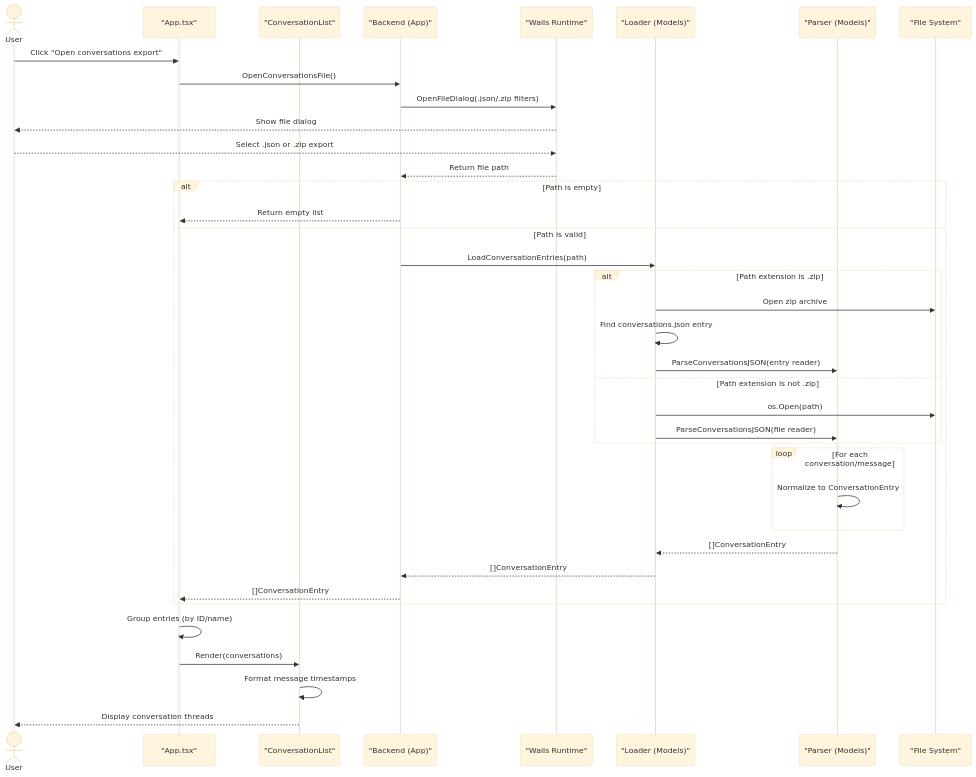
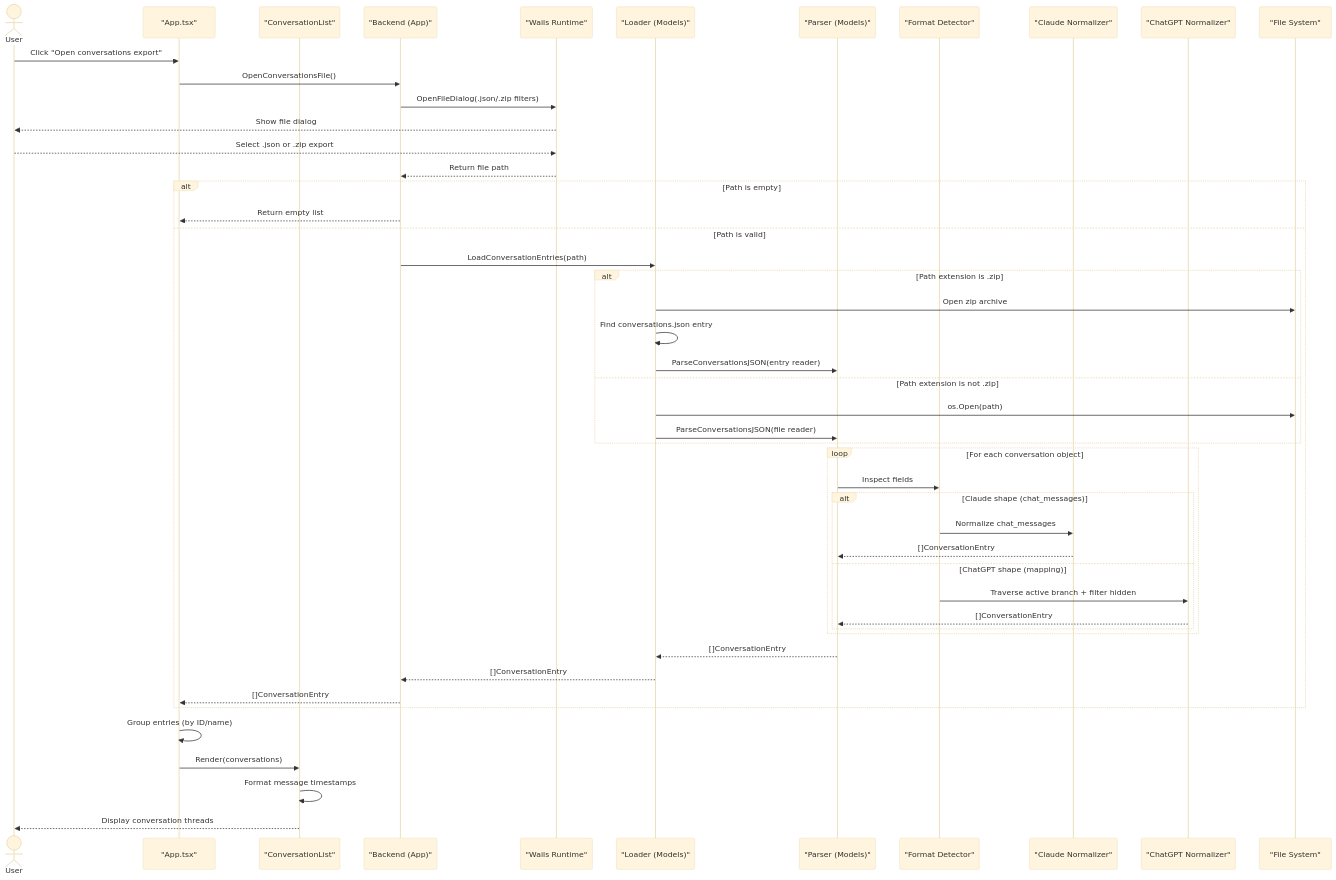
The second of 2 diagrams in docs/architecture.md (johnpfeiffer/chat-explorer), drawn with Mermaid (base theme) before and after one commit. The commit also changed other lines of this file and 9 other files, not shown here.

Commit message:
claude analysis for requirements and codex implementation: now supporting ChatGPT exports (zip and conversations.json)

````diff
--- a/docs/architecture.md
+++ b/docs/architecture.md
@@ -113,43 +155,53 @@
 ```mermaid
 sequenceDiagram
     actor User
     participant UI as "App.tsx"
     participant List as "ConversationList"
     participant Backend as "Backend (App)"
     participant Runtime as "Wails Runtime"
     participant Loader as "Loader (Models)"
     participant Parser as "Parser (Models)"
+    participant Detect as "Format Detector"
+    participant Claude as "Claude Normalizer"
+    participant ChatGPT as "ChatGPT Normalizer"
     participant FS as "File System"
 
     User->>UI: Click "Open conversations export"
     UI->>Backend: OpenConversationsFile()
     Backend->>Runtime: OpenFileDialog(.json/.zip filters)
     Runtime-->>User: Show file dialog
     User-->>Runtime: Select .json or .zip export
     Runtime-->>Backend: Return file path
 
     alt Path is empty
         Backend-->>UI: Return empty list
     else Path is valid
         Backend->>Loader: LoadConversationEntries(path)
         alt Path extension is .zip
             Loader->>FS: Open zip archive
             Loader->>Loader: Find conversations.json entry
             Loader->>Parser: ParseConversationsJSON(entry reader)
         else Path extension is not .zip
             Loader->>FS: os.Open(path)
             Loader->>Parser: ParseConversationsJSON(file reader)
         end
-        loop For each conversation/message
-            Parser->>Parser: Normalize to ConversationEntry
+        loop For each conversation object
+            Parser->>Detect: Inspect fields
+            alt Claude shape (chat_messages)
+                Detect->>Claude: Normalize chat_messages
+                Claude-->>Parser: []ConversationEntry
+            else ChatGPT shape (mapping)
+                Detect->>ChatGPT: Traverse active branch + filter hidden
+                ChatGPT-->>Parser: []ConversationEntry
+            end
         end
         Parser-->>Loader: []ConversationEntry
         Loader-->>Backend: []ConversationEntry
         Backend-->>UI: []ConversationEntry
     end
 
     UI->>UI: Group entries (by ID/name)
     UI->>List: Render(conversations)
     List->>List: Format message timestamps
     List-->>User: Display conversation threads
 ```
````
